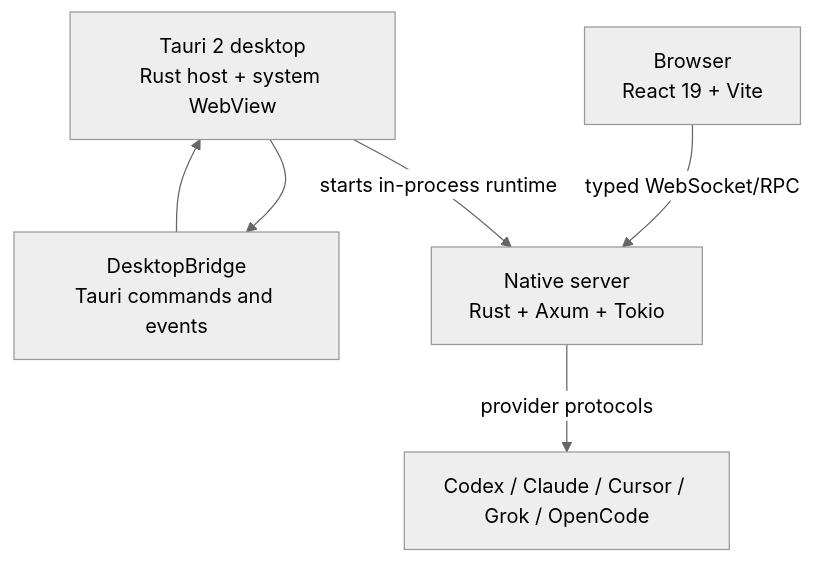
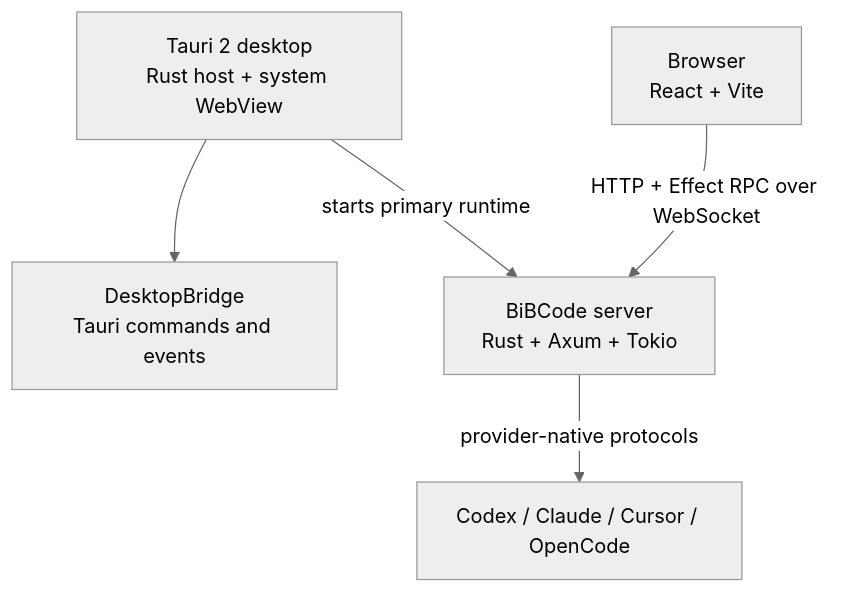
The first of 2 diagrams in docs/architecture/overview.md (mubeda/BibCode), drawn with Mermaid (neutral theme) before and after one commit. The commit also changed other lines of this file and 37 other files, not shown here.

Commit message:
docs: align documentation with Rust and Tauri runtime

````diff
--- a/docs/architecture/overview.md
+++ b/docs/architecture/overview.md
@@ -9,14 +9,13 @@
 ```mermaid
 flowchart TB
-  Web["Browser\nReact 19 + Vite"]
+  Browser["Browser\nReact + Vite"]
   Desktop["Tauri 2 desktop\nRust host + system WebView"]
   Bridge["DesktopBridge\nTauri commands and events"]
-  Server["Native server\nRust + Axum + Tokio"]
-  Providers["Codex / Claude / Cursor / Grok / OpenCode"]
+  Server["BiBCode server\nRust + Axum + Tokio"]
+  Providers["Codex / Claude / Cursor / OpenCode"]
 
-  Web -->|"typed WebSocket/RPC"| Server
+  Browser -->|"HTTP + Effect RPC over WebSocket"| Server
   Desktop --> Bridge
-  Desktop -->|"starts in-process runtime"| Server
-  Bridge --> Desktop
-  Server -->|"provider protocols"| Providers
+  Desktop -->|"starts primary runtime"| Server
+  Server -->|"provider-native protocols"| Providers
 ```
````
